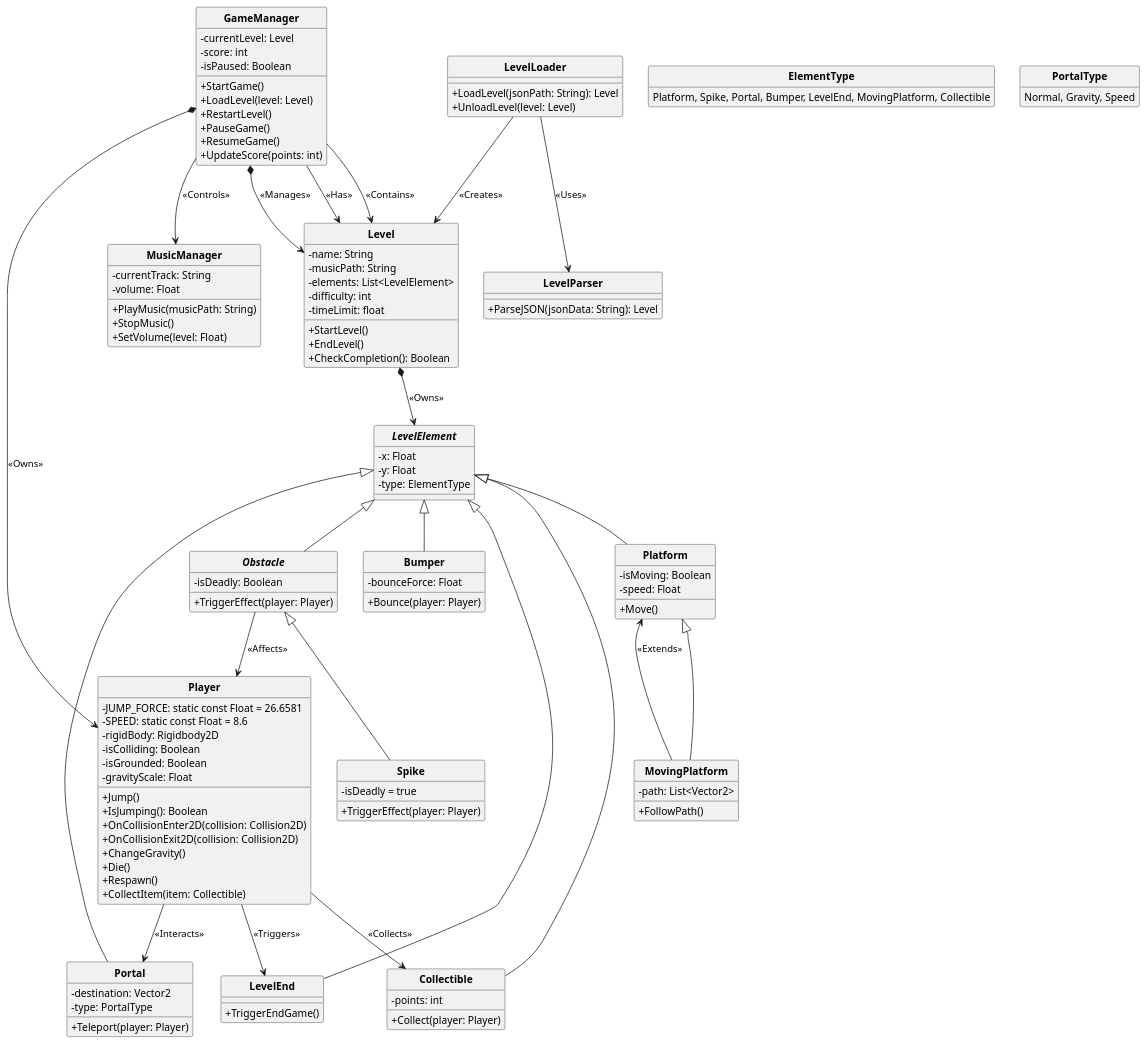
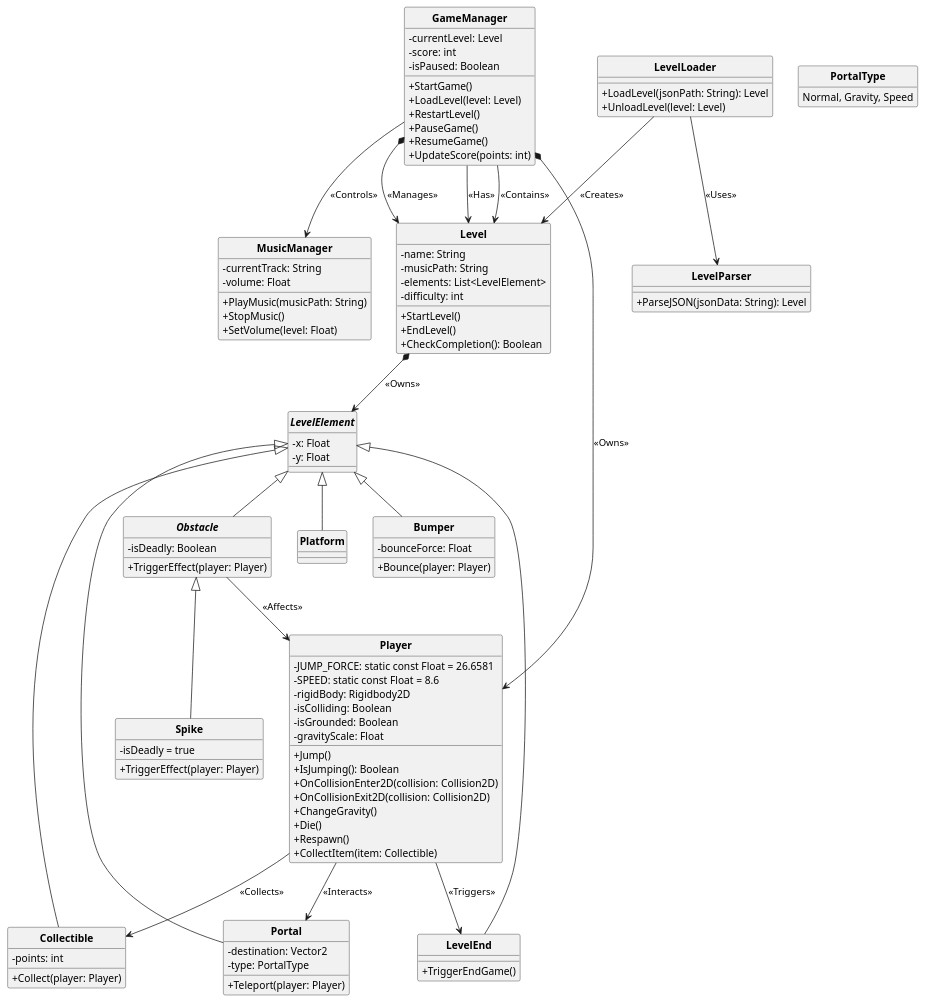
The diagram in Documentation/UML/class-diagram.puml (boudji-ludwig-pett/cnam-geometry-dash), drawn with PlantUML before and after one commit.

Commit message:
docs(class-diagram): remove useless elements

```diff
--- a/Documentation/UML/class-diagram.puml
+++ b/Documentation/UML/class-diagram.puml
@@ -1,134 +1,119 @@
 @startuml GeometryDash - Diagramme de classe
 
 skinparam style strictuml
 skinparam classAttributeIconSize 0
 skinparam classFontStyle Bold
 hide enum methods
 
 class GameManager {
   - currentLevel: Level
   - score: int
   - isPaused: Boolean
   + StartGame()
   + LoadLevel(level: Level)
   + RestartLevel()
   + PauseGame()
   + ResumeGame()
   + UpdateScore(points: int)
 }
 
 class Level {
   - name: String
   - musicPath: String
   - elements: List<LevelElement>
   - difficulty: int
-  - timeLimit: float
   + StartLevel()
   + EndLevel()
   + CheckCompletion(): Boolean
 }
 
 abstract class LevelElement {
   - x: Float
   - y: Float
-  - type: ElementType
-}
-
-enum ElementType {
-  Platform, Spike, Portal, Bumper, LevelEnd, MovingPlatform, Collectible
 }
 
 abstract class Obstacle extends LevelElement {
   - isDeadly: Boolean
   + TriggerEffect(player: Player)
 }
 
 class Platform extends LevelElement {
-  - isMoving: Boolean
-  - speed: Float
-  + Move()
-}
-
-class MovingPlatform extends Platform {
-  - path: List<Vector2>
-  + FollowPath()
 }
 
 class Spike extends Obstacle {
   - isDeadly = true
   + TriggerEffect(player: Player)
 }
 
 class Portal extends LevelElement {
   - destination: Vector2
   - type: PortalType
   + Teleport(player: Player)
 }
 
 enum PortalType {
   Normal, Gravity, Speed
 }
 
 class Bumper extends LevelElement {
   - bounceForce: Float
   + Bounce(player: Player)
 }
 
 class LevelEnd extends LevelElement {
   + TriggerEndGame()
 }
 
 class Collectible extends LevelElement {
   - points: int
   + Collect(player: Player)
 }
 
 class Player {
   - JUMP_FORCE: static const Float = 26.6581
   - SPEED: static const Float = 8.6
   - rigidBody: Rigidbody2D
   - isColliding: Boolean
   - isGrounded: Boolean
   - gravityScale: Float
   + Jump()
   + IsJumping(): Boolean
   + OnCollisionEnter2D(collision: Collision2D)
   + OnCollisionExit2D(collision: Collision2D)
   + ChangeGravity()
   + Die()
   + Respawn()
   + CollectItem(item: Collectible)
 }
 
 class LevelLoader {
   + LoadLevel(jsonPath: String): Level
   + UnloadLevel(level: Level)
 }
 
 class LevelParser {
   + ParseJSON(jsonData: String): Level
 }
 
 class MusicManager {
   - currentTrack: String
   - volume: Float
   + PlayMusic(musicPath: String)
   + StopMusic()
   + SetVolume(level: Float)
 }
 
 GameManager *--> Level : <<Manages>>
 GameManager --> Level : <<Has>>
 Level *--> LevelElement : <<Owns>>
 GameManager *--> Player : <<Owns>>
 LevelLoader --> Level : <<Creates>>
 LevelLoader --> LevelParser : <<Uses>>
 GameManager --> MusicManager : <<Controls>>
 Player --> LevelEnd : <<Triggers>>
 Player --> Portal : <<Interacts>>
 Player --> Collectible : <<Collects>>
 Obstacle --> Player : <<Affects>>
-MovingPlatform --> Platform : <<Extends>>
 GameManager --> Level : <<Contains>>
 
 @enduml
```
